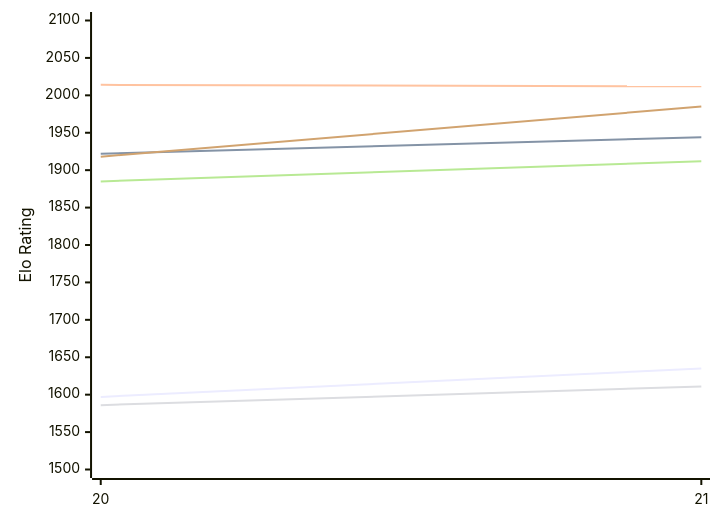
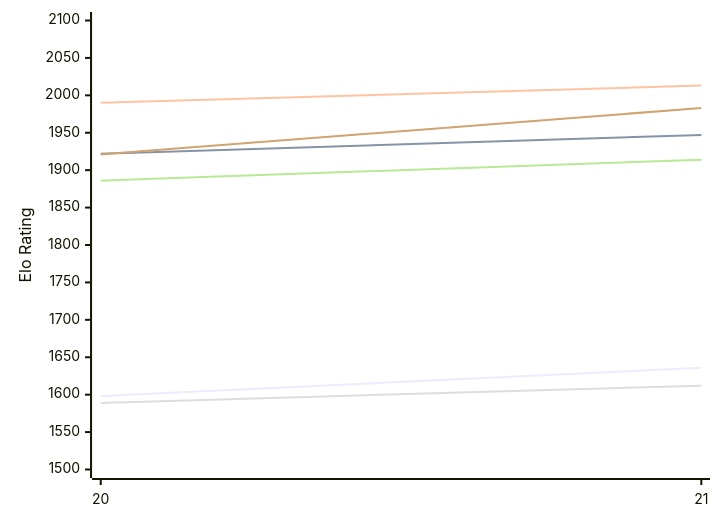
One commit to computer-chess-index/cci changed the first of 2 diagrams in engines/PurplePanda.md. Above: the diagram before and after it, drawn with Mermaid. The commit also changed other lines of this file, not shown here.

Commit message:
Update CCI Ratings (ELO VLTC) - 2026-11-24

````diff
--- a/engines/PurplePanda.md
+++ b/engines/PurplePanda.md
@@ -50,12 +50,12 @@
 ```mermaid
 %%{init: {"theme":"base","themeVariables":{"seriesColors:['#a3a3a3','#222221','#faa371']}}}%%
 xychart-beta
   x-axis ["20", "21"]
   y-axis "Elo Rating" 1500 --> 2100
-  line "E1: STC (8.0+0.08s)" [1597, 1635]
-  line "E1: LTC (60.0+0.60s)" [1922, 1944]
-  line "E1: VLTC (2m24s+1.12s)" [2014, 2012]
-  line "P1: STC (8.0+0.08s)" [1586, 1611]
-  line "P1: LTC (60.0+0.60s)" [1885, 1912]
-  line "P1: VLTC (2m24s+1.12s)" [1918, 1985]
+  line "E1: STC (8.0+0.08s)" [1598, 1636]
+  line "E1: LTC (60.0+0.60s)" [1922, 1947]
+  line "E1: VLTC (2m24s+1.12s)" [1990, 2013]
+  line "P1: STC (8.0+0.08s)" [1589, 1612]
+  line "P1: LTC (60.0+0.60s)" [1886, 1914]
+  line "P1: VLTC (2m24s+1.12s)" [1921, 1983]
 ```
````
